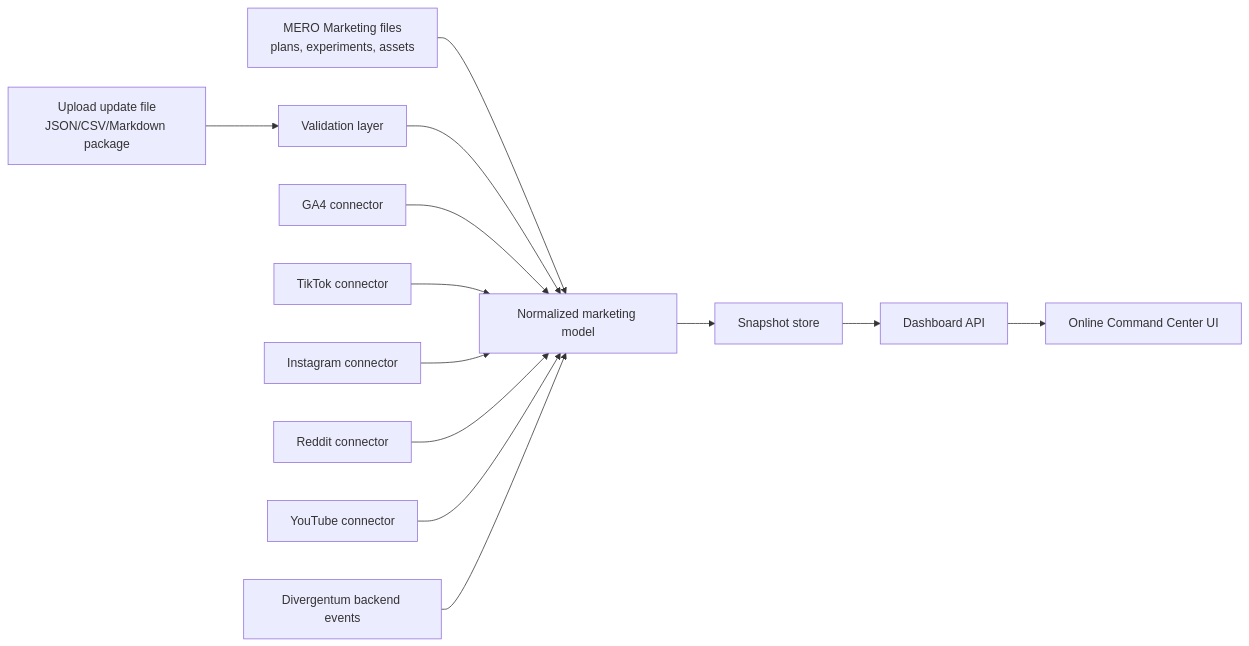
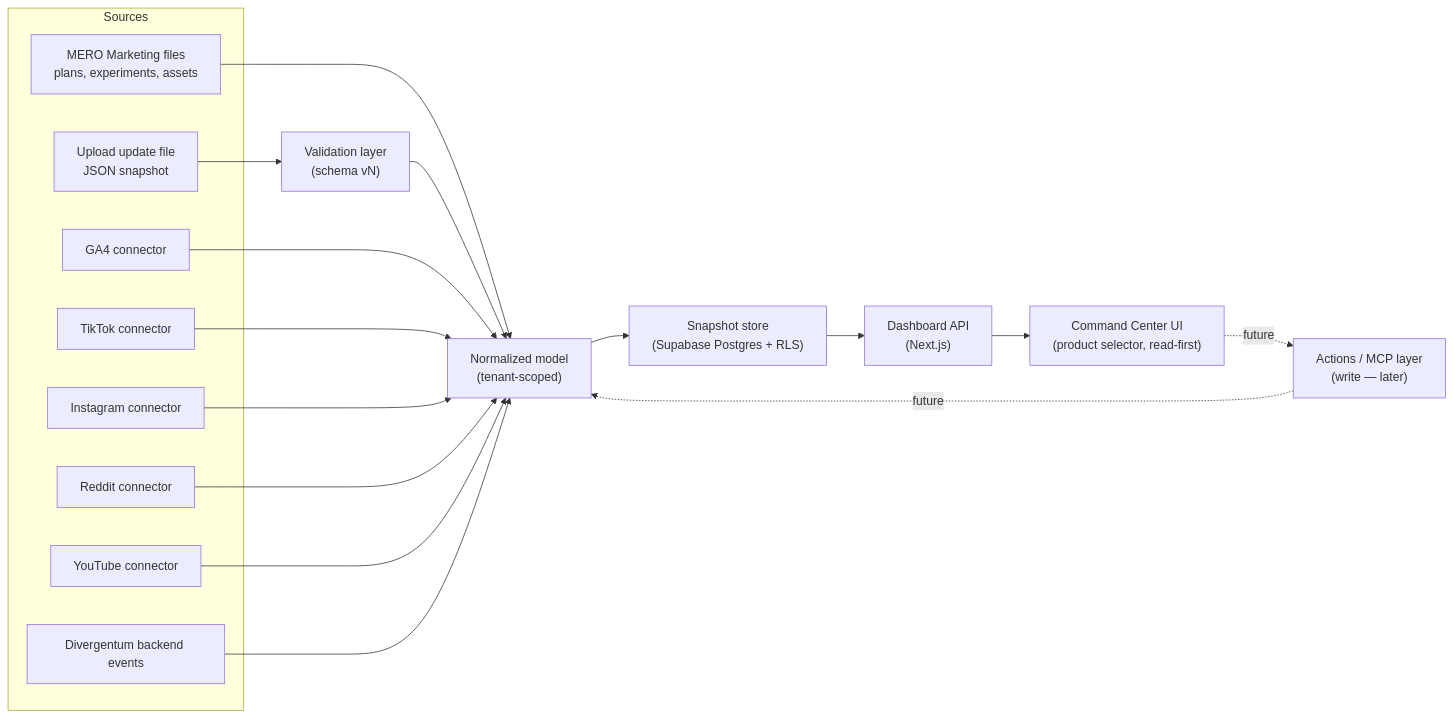
Before and after one commit to Merowingus/MERO-Marketing: the diagram in docs/architecture/mero-marketing-command-center-online-architecture.md, drawn with Mermaid. The commit also changed other lines of this file and 2 other files, not shown here.

First line of the commit message:
docs: lock command-center architecture v2 + platform-base principle

````diff
--- a/docs/architecture/mero-marketing-command-center-online-architecture.md
+++ b/docs/architecture/mero-marketing-command-center-online-architecture.md
@@ -89,15 +119,27 @@
 ```mermaid
 flowchart LR
-    A["MERO Marketing files\nplans, experiments, assets"] --> N["Normalized marketing model"]
-    B["Upload update file\nJSON/CSV/Markdown package"] --> V["Validation layer"]
-    V --> N
-    C["GA4 connector"] --> N
-    D["TikTok connector"] --> N
-    E["Instagram connector"] --> N
-    F["Reddit connector"] --> N
-    G["YouTube connector"] --> N
-    H["Divergentum backend events"] --> N
-    N --> S["Snapshot store"]
-    S --> API["Dashboard API"]
-    API --> UI["Online Command Center UI"]
+    subgraph Sources
+      A["MERO Marketing files\nplans, experiments, assets"]
+      B["Upload update file\nJSON snapshot"]
+      C["GA4 connector"]
+      D["TikTok connector"]
+      E["Instagram connector"]
+      F["Reddit connector"]
+      G["YouTube connector"]
+      H["Divergentum backend events"]
+    end
+    B --> V["Validation layer\n(schema vN)"]
+    A --> N
+    V --> N["Normalized model\n(tenant-scoped)"]
+    C --> N
+    D --> N
+    E --> N
+    F --> N
+    G --> N
+    H --> N
+    N --> S["Snapshot store\n(Supabase Postgres + RLS)"]
+    S --> API["Dashboard API\n(Next.js)"]
+    API --> UI["Command Center UI\n(product selector, read-first)"]
+    ACT["Actions / MCP layer\n(write — later)"] -. future .-> N
+    UI -. future .-> ACT
 ```
````
